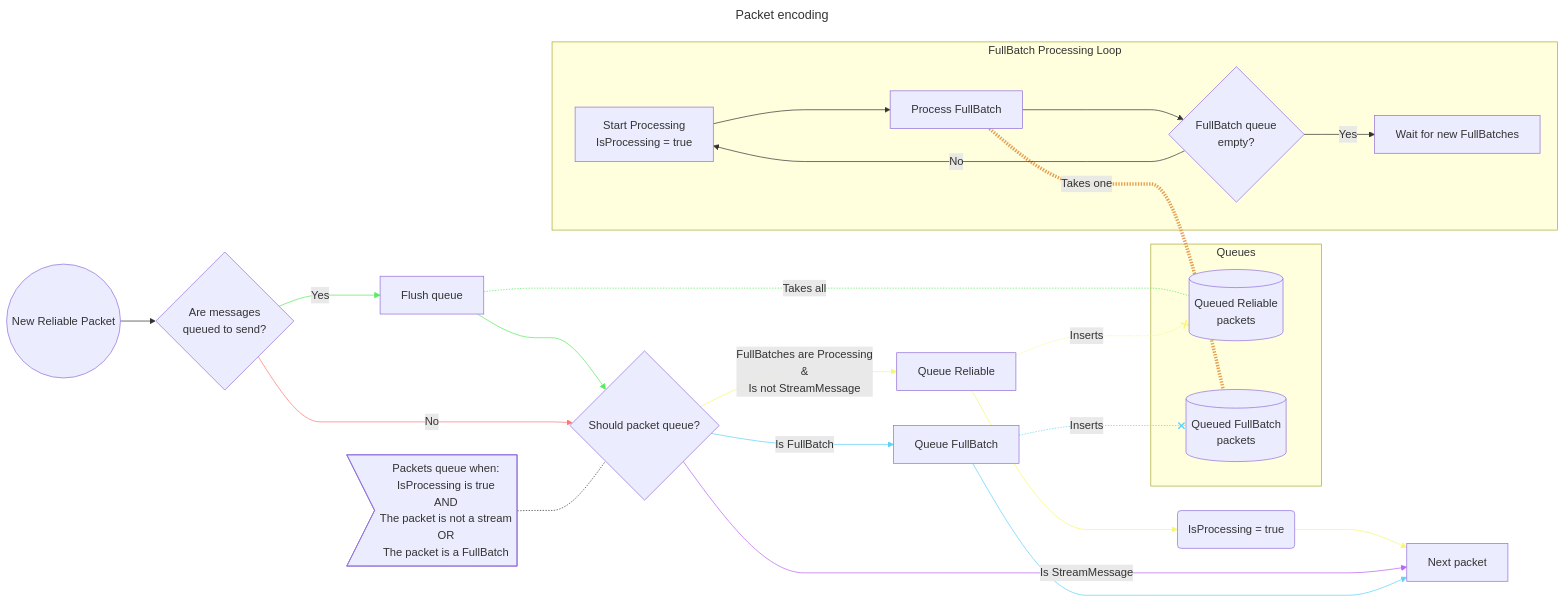
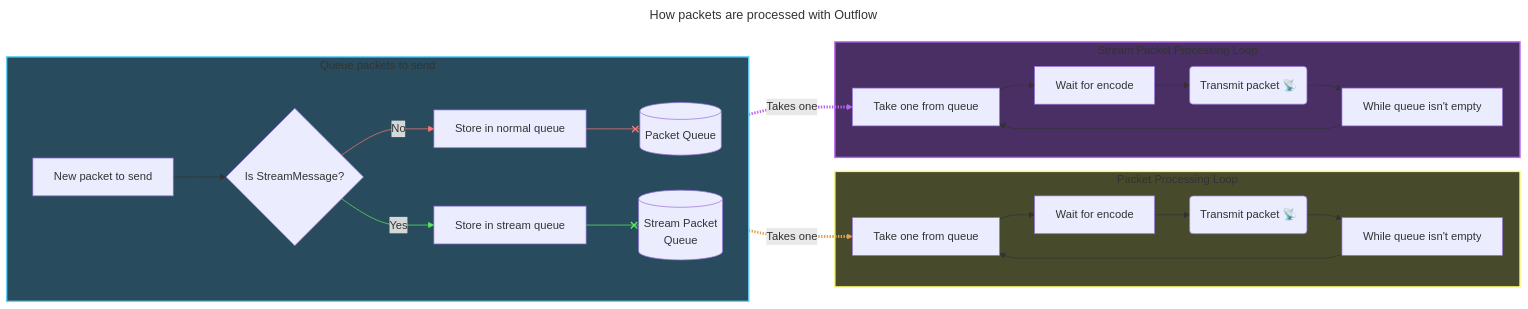
Before and after one commit to BlueCyro/Outflow: the second of 2 diagrams in README.md, drawn with Mermaid. The commit also changed other lines of this file, not shown here.

Commit message:
Update README with new description & graph

````diff
--- a/README.md
+++ b/README.md
@@ -29,74 +61,59 @@
 ```mermaid
 ---
-title: Packet encoding
+title: How packets are processed with Outflow
 ---
 %%{ init: { 'flowchart': { 'curve': 'monotoneX' } } }%%
 graph LR
-    subgraph Queues
-        QueuedReliable[(Queued Reliable\npackets)]
-        QueuedFulls[(Queued FullBatch\npackets)]
+    style Queue fill:#284C5D,stroke:#61D1FA,stroke-width:2px
+    subgraph Queue[Queue packets to send]
+    direction LR
+        PacketQueue[(Packet Queue)]
+        StreamQueue[(Stream Packet\nQueue)]
+
+
+        NewPacket[New packet to send]
+        Store[Store in normal queue]
+        IsStream{Is StreamMessage?}
+        StoreStream[Store in stream queue]
+
+        
+        NewPacket --> IsStream
+        IsStream -->|No| Store --x PacketQueue
+        linkStyle 1,2 stroke:#FF7676
+
+        IsStream -->|Yes| StoreStream --x StreamQueue
+        linkStyle 3,4 stroke:#59EB5C
     end
 
-    subgraph FullBatch Processing Loop
-        StartProcessing[Start Processing\nIsProcessing = true]
-        ProcessFull[Process FullBatch]
-        FullQueueEmpty{FullBatch queue\nempty?}
-        Wait[Wait for new FullBatches]
 
-        StartProcessing --> ProcessFull
-        ProcessFull -.-|Takes one| QueuedFulls
-        linkStyle 1 stroke:#E69E50,stroke-width:5px
-        ProcessFull --> FullQueueEmpty
 
-        FullQueueEmpty -->|Yes| Wait
-        %%linkStyle 3 stroke:#59EB5C
-        FullQueueEmpty-->|No| StartProcessing
-        %%linkStyle 4 stroke:#FF7676
+    style ProcessLoop fill:#484A2C,stroke:#F8F770,stroke-width:2px
+    subgraph ProcessLoop[Packet Processing Loop]
+        While[While queue isn't empty]
+        Take[Take one from queue]
+        Encode[Wait for encode]
+        Transmit(Transmit packet 📡)
+
+
+        While --> Take
+        Take --> Encode --> Transmit --> While
+        PacketQueue -.->|Takes one| Take
+        linkStyle 9 stroke:#E69E50,stroke-width:4px
     end
 
-    
-
-    New((New Reliable Packet))
-    MessagesQueued{Are messages\nqueued to send?}
-    Flush[Flush queue]
-    ShouldQueue{Should packet queue?}
-    SetProcessing(IsProcessing = true)
-
-    QueueFull[Queue FullBatch]
-    QueueReliable[Queue Reliable]
-    Next[Next packet]
 
 
-    New --> MessagesQueued
-    MessagesQueued -->|Yes| Flush --> ShouldQueue
-    linkStyle 6,7 stroke:#59EB5C
+    style StreamProcessLoop fill:#492F64,stroke:#BA64F2,stroke-width:2px
+    subgraph StreamProcessLoop[Stream Packet Processing Loop]
+        WhileStream[While queue isn't empty]
+        TakeStream[Take one from queue]
+        EncodeStream[Wait for encode]
+        TransmitStream(Transmit packet 📡)
 
-    MessagesQueued -->|No| ShouldQueue
-    linkStyle 8 stroke:#FF7676
 
-    Conditions>Packets queue when:\nIsProcessing is true\nAND\nThe packet is not a stream\nOR\nThe packet is a FullBatch\n] -.- ShouldQueue
-
-    Flush -.-|Takes all| QueuedReliable
-    linkStyle 10 stroke:#59EB5C
-
-    ShouldQueue -->|Is FullBatch| QueueFull
-    linkStyle 11 stroke:#61D1FA
-
-    ShouldQueue -->|FullBatches are Processing\n&\nIs not StreamMessage| QueueReliable
-    linkStyle 12 stroke:#F8F770
-    
-    QueueReliable --> SetProcessing --> Next
-    linkStyle 13,14 stroke:#F8F770
-
-    ShouldQueue -->|Is StreamMessage| Next
-    linkStyle 15 stroke:#BA64F2
-
-    QueueFull --> Next
-    linkStyle 16 stroke:#61D1FA
-
-    QueueFull -.-x|Inserts| QueuedFulls
-    linkStyle 17 stroke:#61D1FA
-
-    QueueReliable -.-x|Inserts| QueuedReliable
-    linkStyle 18 stroke:#F8F770
+        WhileStream --> TakeStream
+        TakeStream --> EncodeStream --> TransmitStream --> WhileStream
+        StreamQueue -.->|Takes one| TakeStream
+        linkStyle 14 stroke:#BA64F2,stroke-width:4px
+    end
 ```
````
